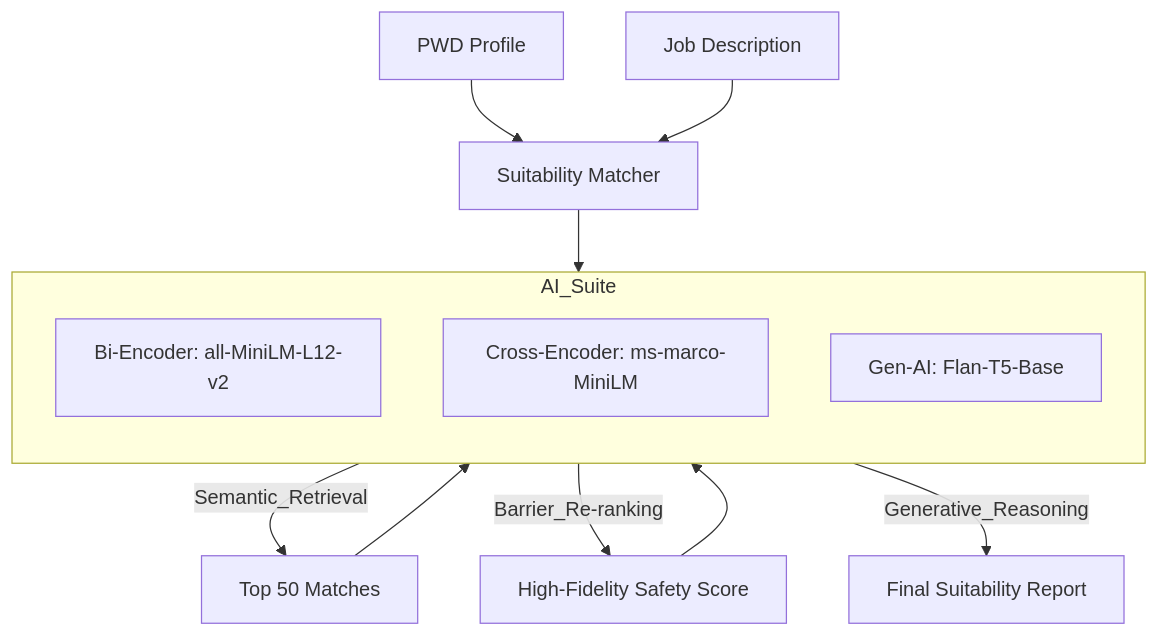
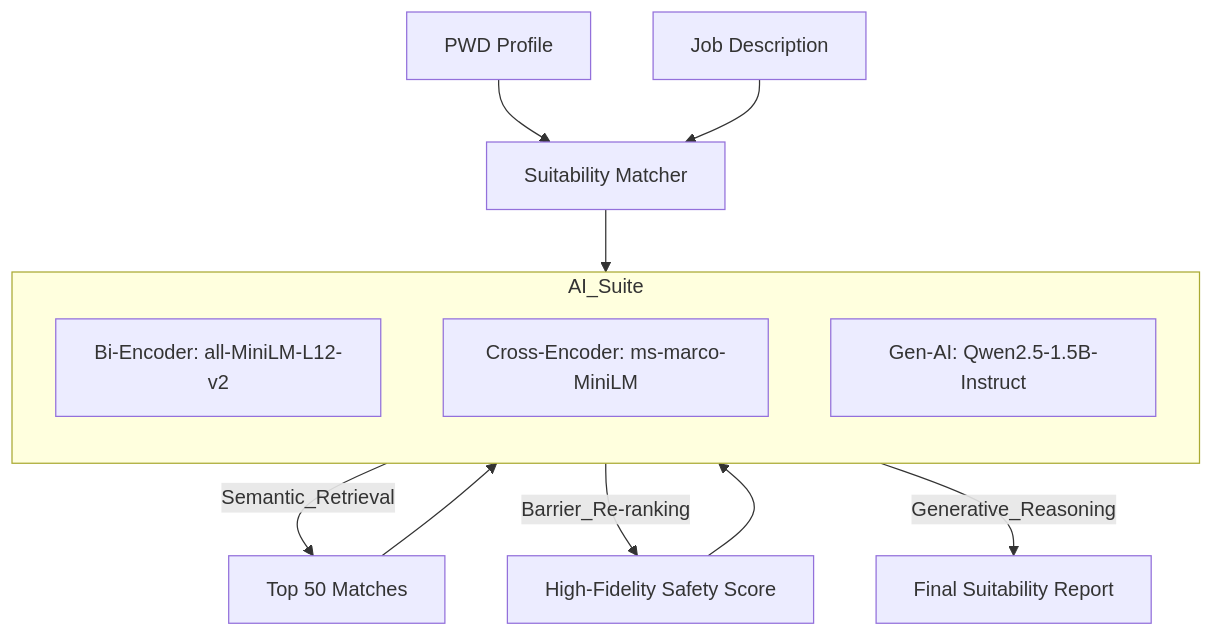
Before and after one commit to AetherrAkuma/UPLIFT-Thesis: the fourth of 5 diagrams in full_system_documentation.md, drawn with Mermaid. The commit also changed other lines of this file and 37 other files, not shown here.

````diff
--- a/full_system_documentation.md
+++ b/full_system_documentation.md
@@ -167,17 +164,17 @@
 ```mermaid
 flowchart TD
 User[PWD Profile] --> Matcher[Suitability Matcher]
 Job[Job Description] --> Matcher
 subgraph AI_Suite
 direction TB
 M1[Bi-Encoder: all-MiniLM-L12-v2]
 M2[Cross-Encoder: ms-marco-MiniLM]
-M3[Gen-AI: Flan-T5-Base]
+M3[Gen-AI: Qwen2.5-1.5B-Instruct]
 end
 Matcher --> M1
 M1 -- Semantic_Retrieval --> TopK[Top 50 Matches]
 TopK --> M2
 M2 -- Barrier_Re-ranking --> Score[High-Fidelity Safety Score]
 Score --> M3
 M3 -- Generative_Reasoning --> Report[Final Suitability Report]
 ```
````
